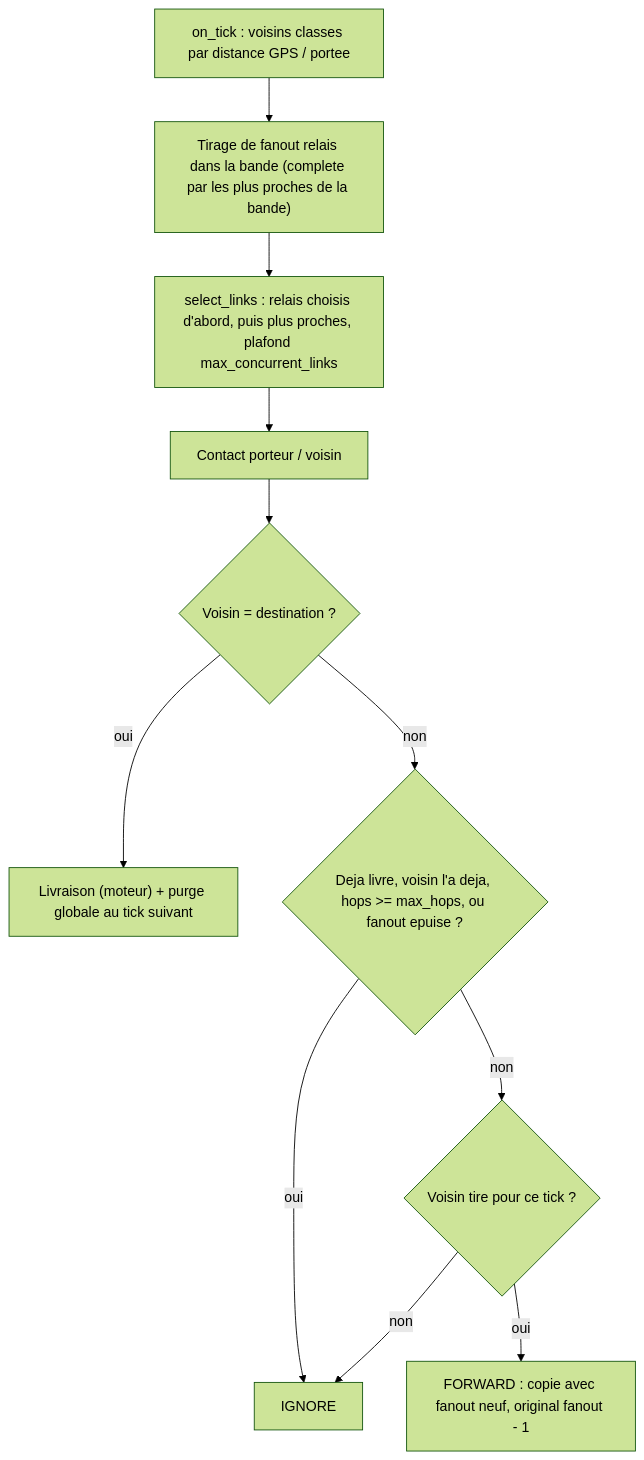
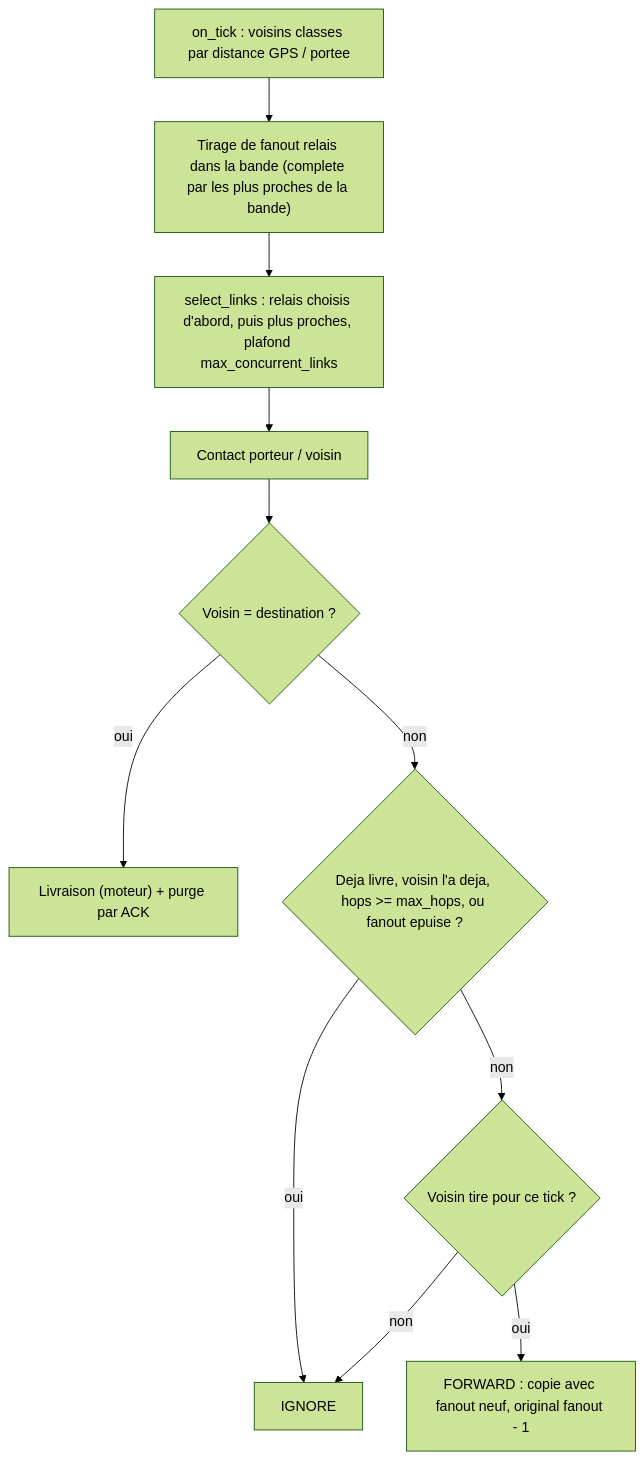
Before and after one commit to NICE-CINE/simuation-test: the diagram in docs/algorithmes/band_fanout.md, drawn with Mermaid (forest theme). The commit also changed other lines of this file and 44 other files, not shown here.

````diff
--- a/docs/algorithmes/band_fanout.md
+++ b/docs/algorithmes/band_fanout.md
@@ -41,13 +41,13 @@
 ```mermaid
 flowchart TD
     T["on_tick : voisins classes par distance GPS / portee"] --> S["Tirage de fanout relais dans la bande (complete par les plus proches de la bande)"]
     S --> K["select_links : relais choisis d'abord, puis plus proches, plafond max_concurrent_links"]
     K --> A["Contact porteur / voisin"]
     A --> B{"Voisin = destination ?"}
-    B -- oui --> L["Livraison (moteur) + purge globale au tick suivant"]
+    B -- oui --> L["Livraison (moteur) + purge par ACK"]
     B -- non --> D{"Deja livre, voisin l'a deja, hops >= max_hops, ou fanout epuise ?"}
     D -- oui --> I["IGNORE"]
     D -- non --> R{"Voisin tire pour ce tick ?"}
     R -- non --> I
     R -- oui --> F["FORWARD : copie avec fanout neuf, original fanout - 1"]
 ```
````
